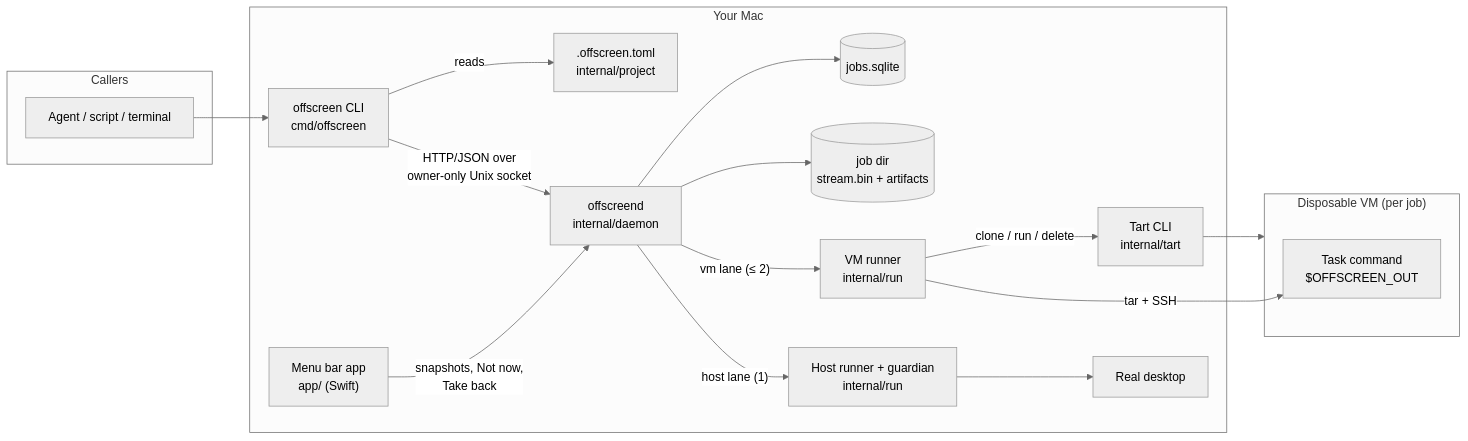
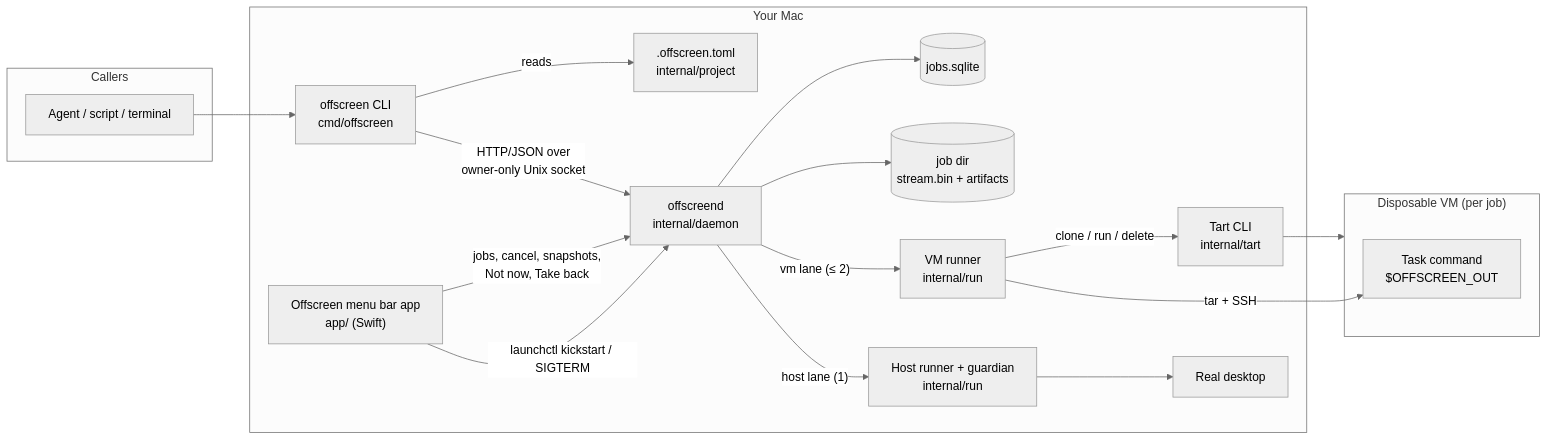
Before and after one commit to markphelps/offscreen: the first of 3 diagrams in ARCHITECTURE.md, drawn with Mermaid (neutral theme). The commit also changed other lines of this file and 13 other files, not shown here.

````diff
--- a/ARCHITECTURE.md
+++ b/ARCHITECTURE.md
@@ -5,36 +5,37 @@
 ```mermaid
 flowchart LR
     subgraph callers["Callers"]
         agent["Agent / script / terminal"]
     end
 
     subgraph host["Your Mac"]
         cli["offscreen CLI<br/>cmd/offscreen"]
         contract[".offscreen.toml<br/>internal/project"]
         daemon["offscreend<br/>internal/daemon"]
         db[("jobs.sqlite")]
         jobdir[("job dir<br/>stream.bin + artifacts")]
         vmrun["VM runner<br/>internal/run"]
         hostrun["Host runner + guardian<br/>internal/run"]
-        helper["Menu bar app<br/>app/ (Swift)"]
+        app["Offscreen menu bar app<br/>app/ (Swift)"]
         tart["Tart CLI<br/>internal/tart"]
         desktop["Real desktop"]
     end
 
     subgraph guest["Disposable VM (per job)"]
         cmd["Task command<br/>$OFFSCREEN_OUT"]
     end
 
     agent --> cli
     cli -- reads --> contract
     cli -- "HTTP/JSON over<br/>owner-only Unix socket" --> daemon
     daemon --> db
     daemon --> jobdir
     daemon -- "vm lane (≤ 2)" --> vmrun
     daemon -- "host lane (1)" --> hostrun
     vmrun -- "clone / run / delete" --> tart
     tart --> guest
     vmrun -- "tar + SSH" --> cmd
     hostrun --> desktop
-    helper -- "snapshots, Not now,<br/>Take back" --> daemon
+    app -- "jobs, cancel, snapshots,<br/>Not now, Take back" --> daemon
+    app -- "launchctl kickstart / SIGTERM" --> daemon
 ```
````
